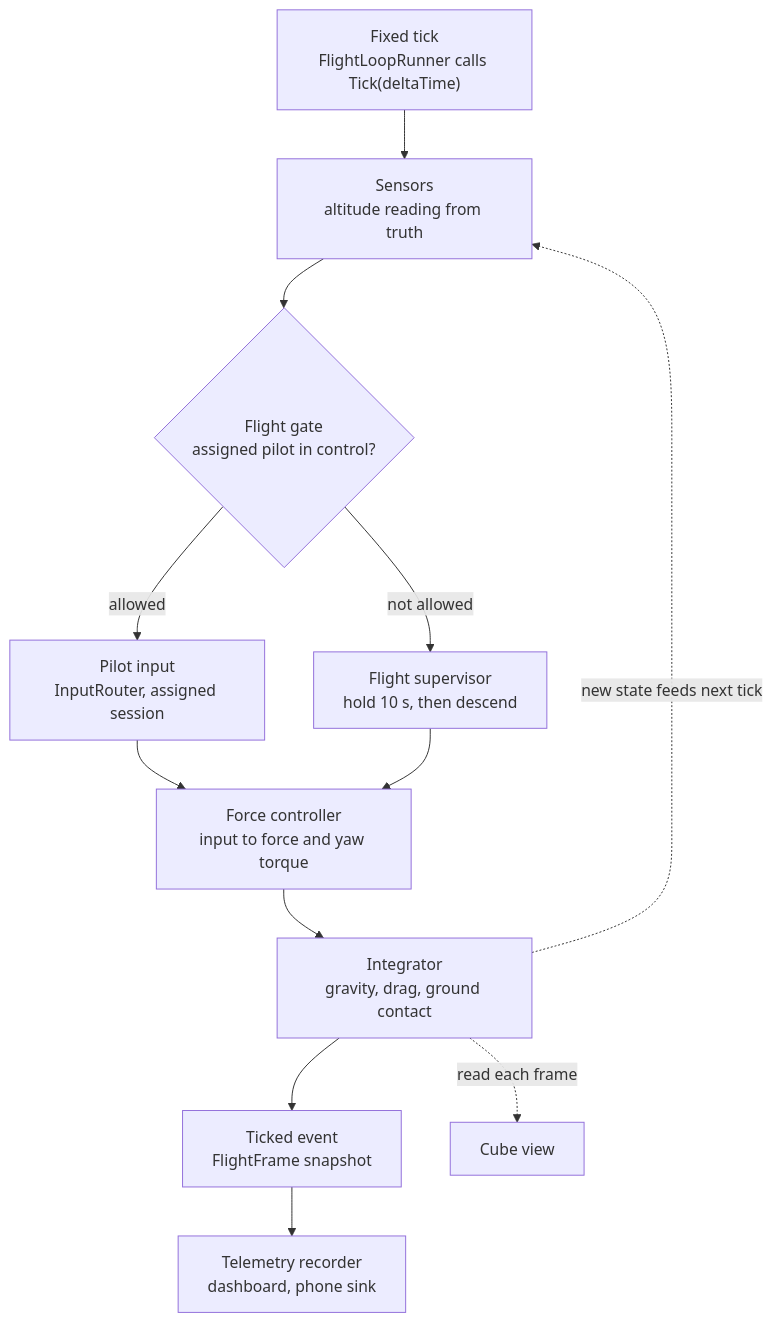
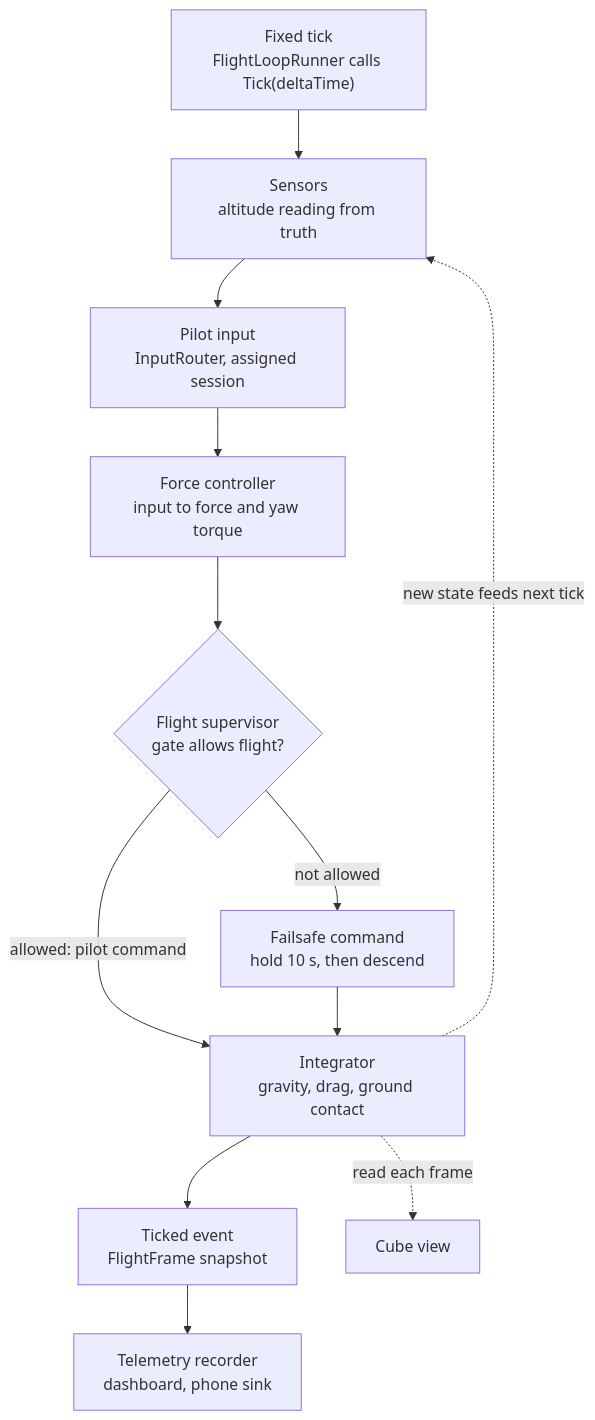
One commit to AlanKolic/DroneFlightModule changed the second of 4 diagrams in Docs/Architecture.md. Above: the diagram before and after it, drawn with Mermaid. The commit also changed other lines of this file and 27 other files, not shown here.

Commit message:
Add flight gate and failsafe supervisor with hold, descent and touchdown

````diff
--- a/Docs/Architecture.md
+++ b/Docs/Architecture.md
@@ -76,14 +76,14 @@
 ```mermaid
 flowchart TB
     Tick["Fixed tick<br/>FlightLoopRunner calls Tick(deltaTime)"] --> Sense["Sensors<br/>altitude reading from truth"]
-    Sense --> Gate{"Flight gate<br/>assigned pilot in control?"}
-    Gate -- allowed --> Pilot["Pilot input<br/>InputRouter, assigned session"]
-    Gate -- not allowed --> Sup["Flight supervisor<br/>hold 10 s, then descend"]
+    Sense --> Pilot["Pilot input<br/>InputRouter, assigned session"]
     Pilot --> Ctrl["Force controller<br/>input to force and yaw torque"]
-    Sup --> Ctrl
-    Ctrl --> Integ["Integrator<br/>gravity, drag, ground contact"]
+    Ctrl --> Gate{"Flight supervisor<br/>gate allows flight?"}
+    Gate -- allowed: pilot command --> Integ["Integrator<br/>gravity, drag, ground contact"]
+    Gate -- not allowed --> Sup["Failsafe command<br/>hold 10 s, then descend"]
+    Sup --> Integ
     Integ --> Ticked["Ticked event<br/>FlightFrame snapshot"]
     Integ -. new state feeds next tick .-> Sense
     Ticked --> Tele["Telemetry recorder<br/>dashboard, phone sink"]
     Integ -. read each frame .-> View["Cube view"]
 ```
````
